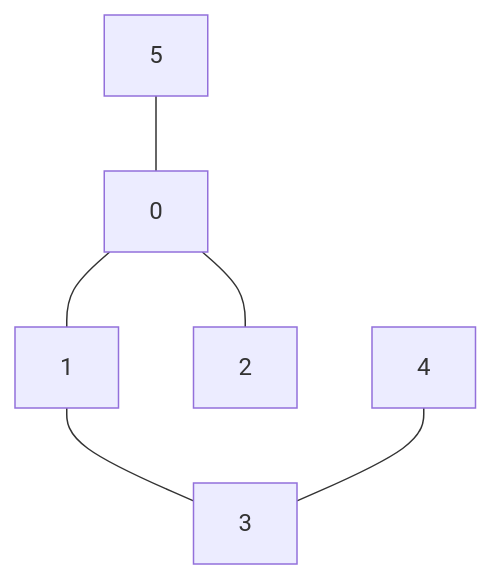
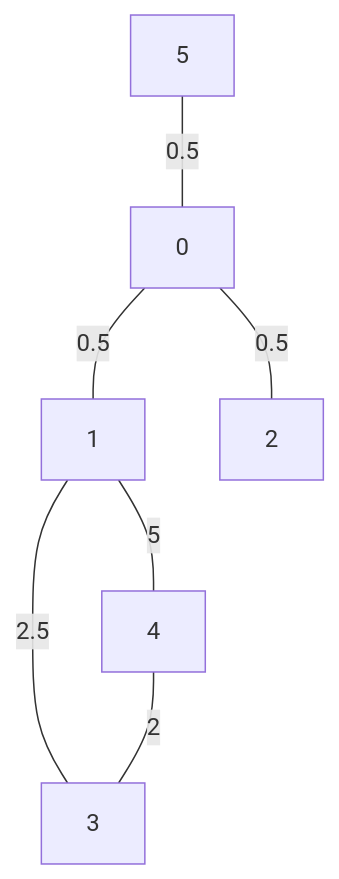
The diagram in README.md (lucastomic/go-graph-explorer), drawn with Mermaid before and after one commit.

Commit message:
Agrego pesos en diagrama

````diff
--- a/README.md
+++ b/README.md
@@ -30,8 +30,9 @@
 ```mermaid
 graph TD;
-    5---0;
-    0---2;
-    0---1;
-    1---3;
-    4---3;
+    5--0.5---0;
+    0--0.5---2;
+    0--0.5---1;
+    1--2.5---3;
+    1--5---4;
+    4--2---3;
 ```
````
